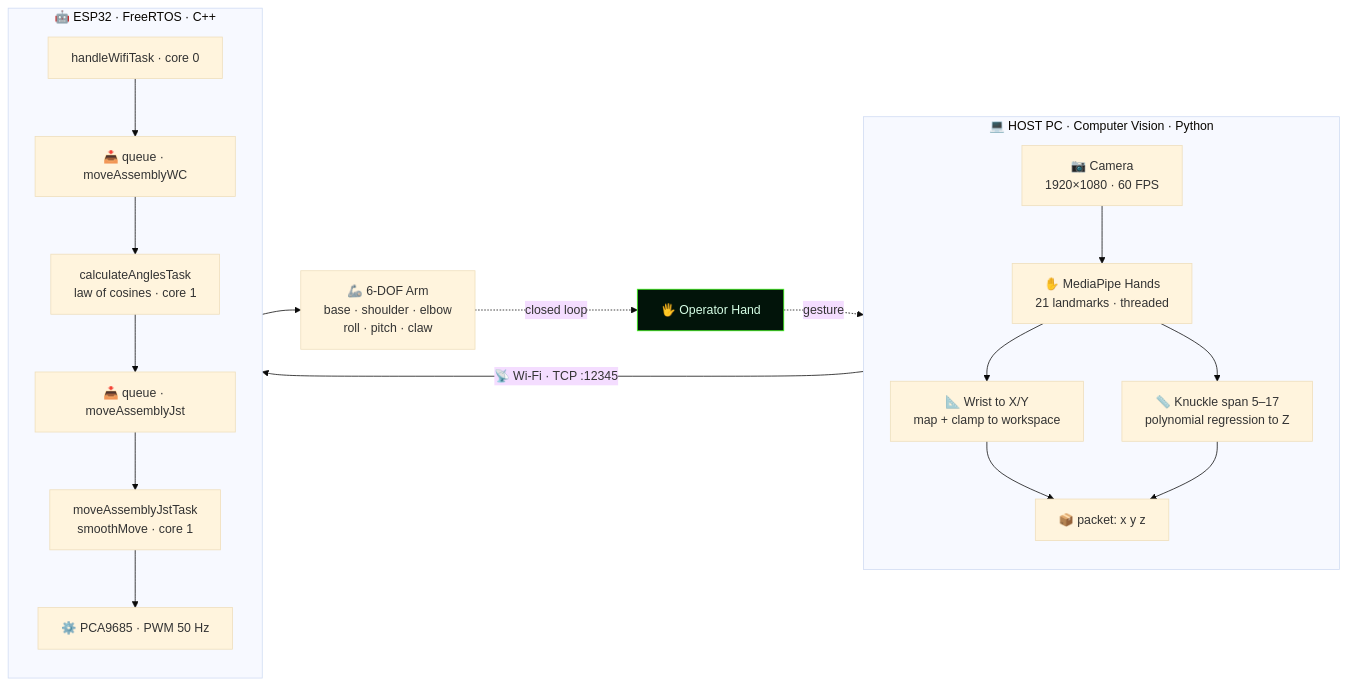
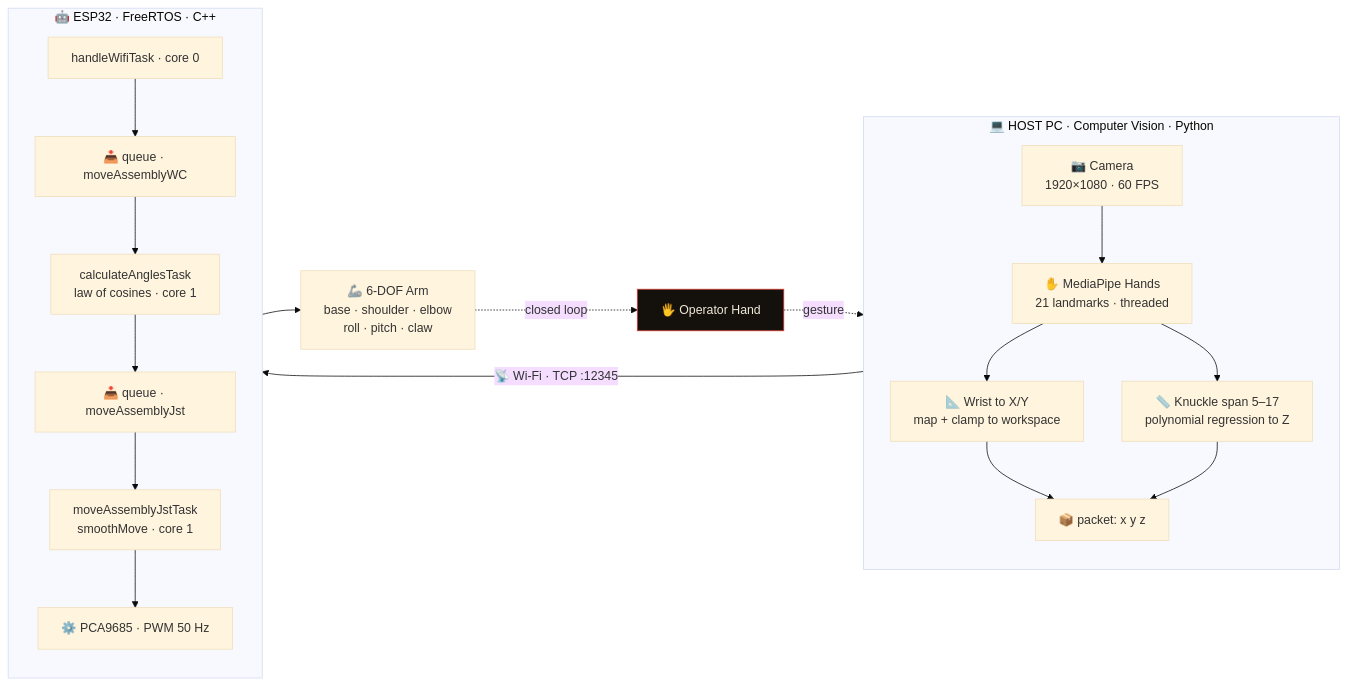
Before and after one commit to Sheel34/VENOM: the diagram in README.md, drawn with Mermaid (base theme). The commit also changed other lines of this file and 7 other files, not shown here.

````diff
--- a/README.md
+++ b/README.md
@@ -127,31 +81,31 @@
 ```mermaid
 flowchart LR
   H["🖐️ Operator Hand"]:::op
 
   subgraph HOST["💻 HOST PC · Computer Vision · Python"]
     direction TB
     CAM["📷 Camera<br/>1920×1080 · 60 FPS"] --> MP["✋ MediaPipe Hands<br/>21 landmarks · threaded"]
     MP --> XY["📐 Wrist to X/Y<br/>map + clamp to workspace"]
     MP --> ZZ["📏 Knuckle span 5–17<br/>polynomial regression to Z"]
     XY --> PKT["📦 packet: x y z"]
     ZZ --> PKT
   end
 
   PKT -->|📡 Wi-Fi · TCP :12345| WIFI
 
   subgraph ESP["🤖 ESP32 · FreeRTOS · C++"]
     direction TB
     WIFI["handleWifiTask · core 0"] --> Q1["📥 queue · moveAssemblyWC"]
     Q1 --> IK["calculateAnglesTask<br/>law of cosines · core 1"]
     IK --> Q2["📥 queue · moveAssemblyJst"]
     Q2 --> MOV["moveAssemblyJstTask<br/>smoothMove · core 1"]
     MOV --> PWM["⚙️ PCA9685 · PWM 50 Hz"]
   end
 
   PWM --> ARM["🦾 6-DOF Arm<br/>base · shoulder · elbow<br/>roll · pitch · claw"]
 
   H -. gesture .-> CAM
   ARM -. closed loop .-> H
 
-  classDef op fill:#02140a,stroke:#39ff14,color:#d6ffe6;
+  classDef op fill:#14110c,stroke:#e0392f,color:#efe7d8;
 ```
````
